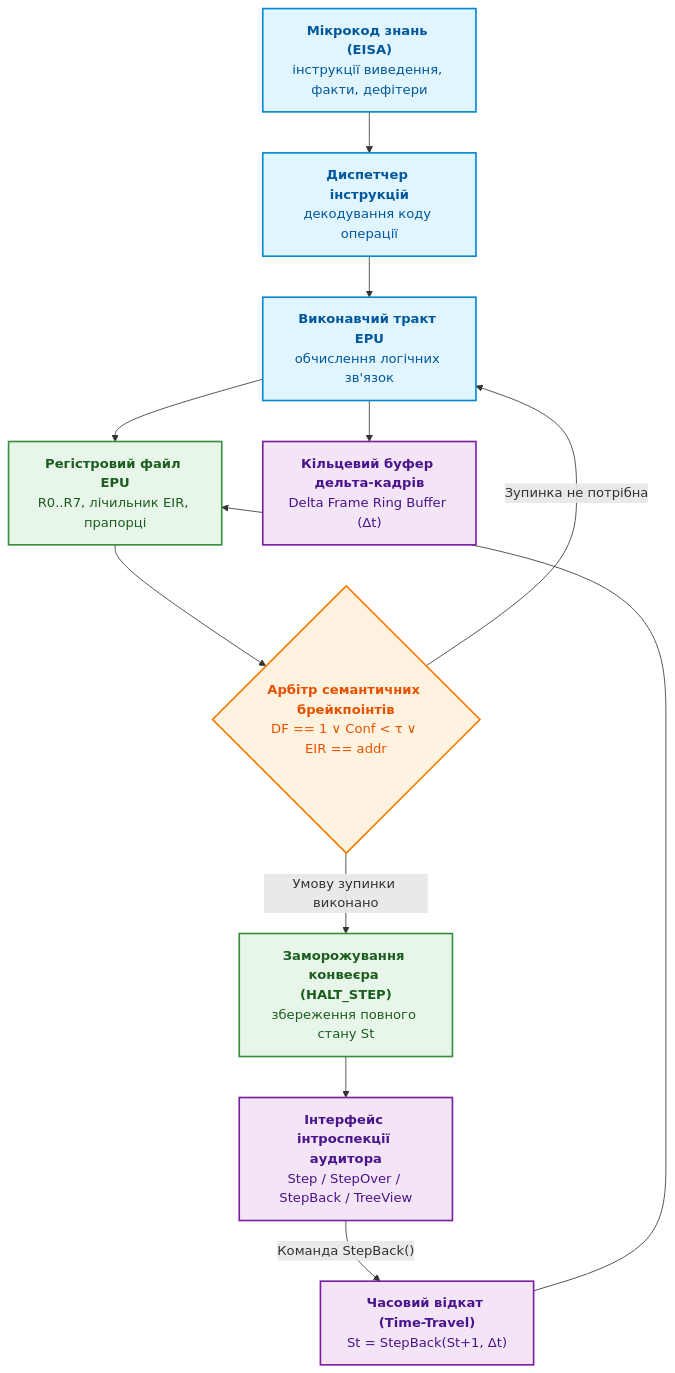
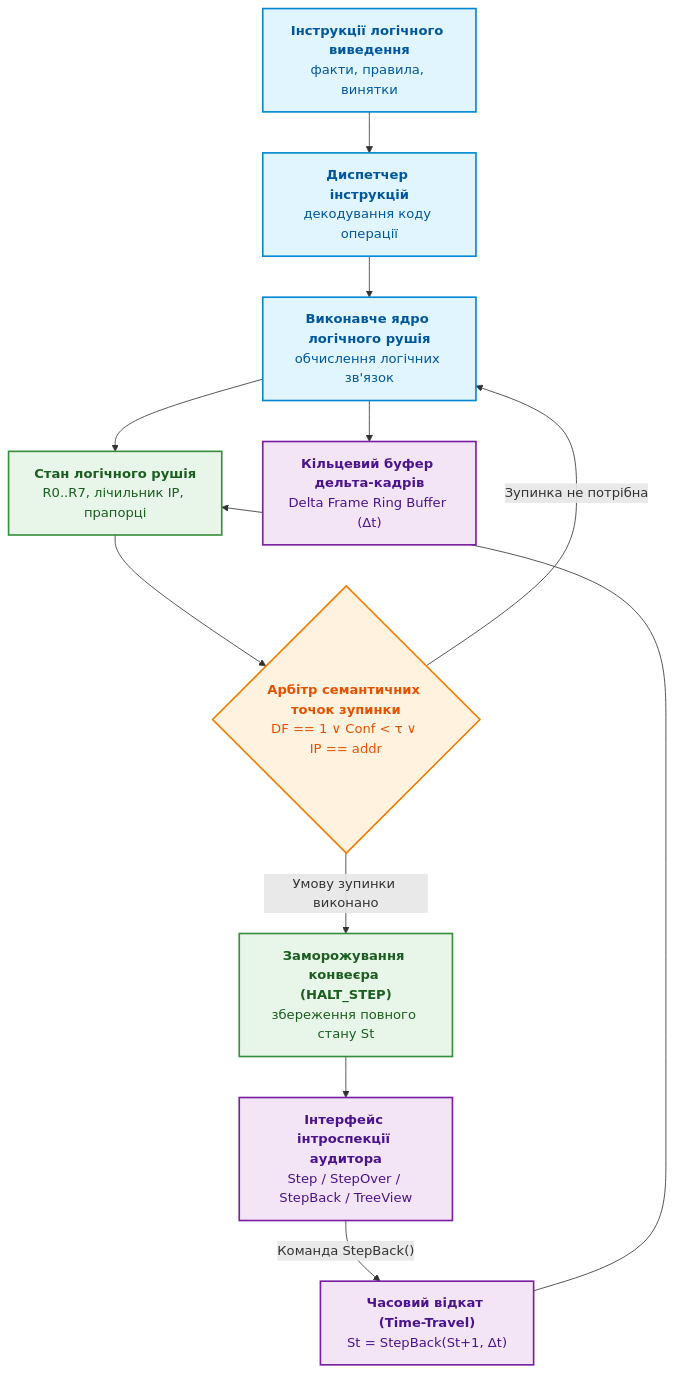
Before and after one commit to nick-fedchik/articles: the fourth of 7 diagrams in ExpertSystem/ch20-explanation-engine.md, drawn with Mermaid. The commit also changed other lines of this file and 193 other files, not shown here.

````diff
--- a/ExpertSystem/ch20-explanation-engine.md
+++ b/ExpertSystem/ch20-explanation-engine.md
@@ -231,29 +231,29 @@
 ```mermaid
 flowchart TD
-    accTitle: Архітектура епістемічного налагоджувача EISA з часовим відкатом
+    accTitle: Архітектура налагоджувача логічного виведення з часовим відкатом
     accDescr: Покрокове виконання інструкцій мікрокоду знань із фіксацією дельта-кадрів у кільцевому буфері та миттєвою часовою навігацією.
 
-    Bytecode["<b>Мікрокод знань (EISA)</b><br/>інструкції виведення, факти, дефітери"] --> Dispatcher["<b>Диспетчер інструкцій</b><br/>декодування коду операції"]
-    Dispatcher --> Exec["<b>Виконавчий тракт EPU</b><br/>обчислення логічних зв'язок"]
+    Bytecode["<b>Інструкції логічного виведення</b><br/>факти, правила, винятки"] --> Dispatcher["<b>Диспетчер інструкцій</b><br/>декодування коду операції"]
+    Dispatcher --> Exec["<b>Виконавче ядро логічного рушія</b><br/>обчислення логічних зв'язок"]
     
-    Exec --> RegFile["<b>Регістровий файл EPU</b><br/>R0..R7, лічильник EIR, прапорці"]
+    Exec --> RegFile["<b>Стан логічного рушія</b><br/>R0..R7, лічильник IP, прапорці"]
     Exec --> DeltaLog["<b>Кільцевий буфер дельта-кадрів</b><br/>Delta Frame Ring Buffer (Δt)"]
     
-    RegFile --> Arbiter{"<b>Арбітр семантичних брейкпоінтів</b><br/>DF == 1 ∨ Conf < τ ∨ EIR == addr"}
+    RegFile --> Arbiter{"<b>Арбітр семантичних точок зупинки</b><br/>DF == 1 ∨ Conf < τ ∨ IP == addr"}
     Arbiter -- Умову зупинки виконано --> Freeze["<b>Заморожування конвеєра (HALT_STEP)</b><br/>збереження повного стану St"]
     Arbiter -- Зупинка не потрібна --> Exec
     
     Freeze --> CLI["<b>Інтерфейс інтроспекції аудитора</b><br/>Step / StepOver / StepBack / TreeView"]
     CLI -->|"Команда StepBack()"| Rewind["<b>Часовий відкат (Time-Travel)</b><br/>St = StepBack(St+1, Δt)"]
     Rewind --> RegFile
 
     classDef src fill:#e1f5fe,stroke:#0288d1,stroke-width:2px,color:#01579b;
     classDef check fill:#fff3e0,stroke:#f57c00,stroke-width:2px,color:#e65100;
     classDef ctrl fill:#f3e5f5,stroke:#7b1fa2,stroke-width:2px,color:#4a148c;
     classDef ok fill:#e8f5e9,stroke:#388e3c,stroke-width:2px,color:#1b5e20;
 
     class Bytecode,Dispatcher,Exec src;
     class Arbiter check;
     class DeltaLog,Rewind,CLI ctrl;
     class RegFile,Freeze ok;
 ```
````
